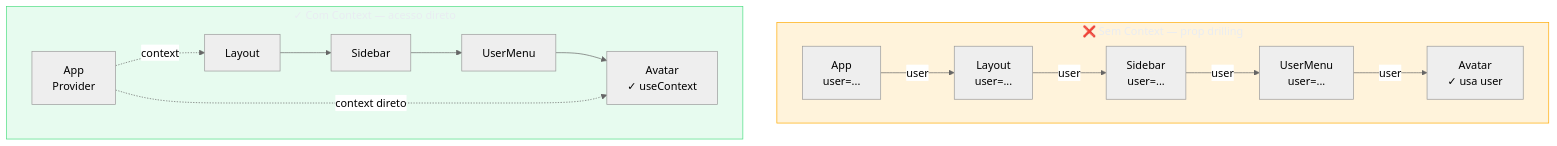
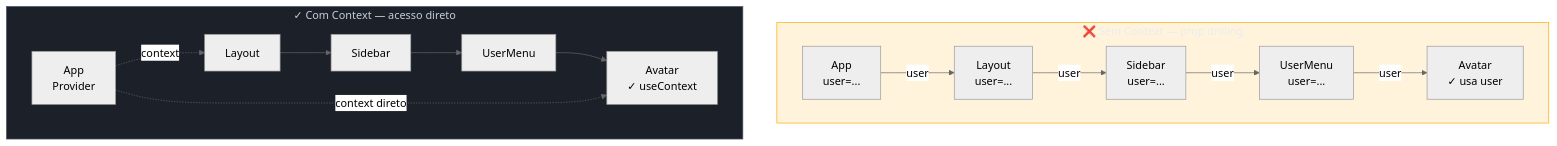
One commit to josenaldo/codex-technomanticus changed the diagram in 03-Dominios/Tecnologia/React/React core/11 - useContext e Context API.md. Above: the diagram before and after it, drawn with Mermaid (neutral theme). The commit also changed 601 other files, not shown here.

````diff
--- a/03-Dominios/Tecnologia/React/React core/11 - useContext e Context API.md
+++ b/03-Dominios/Tecnologia/React/React core/11 - useContext e Context API.md
@@ -156,22 +156,22 @@
 ```mermaid
 graph TB
+    classDef neutro fill:#1B2029,stroke:#4E5666,color:#C6CCD8
     classDef destaque fill:#FFAA0024,stroke:#FFAA00,color:#E9ECF2
-    classDef ok fill:#4ADE8021,stroke:#4ADE80,color:#E9ECF2
     subgraph SEM["❌ Sem Context — prop drilling"]
         A1[App\n user=...] -->|user| B1[Layout\n user=...]
         B1 -->|user| C1[Sidebar\n user=...]
         C1 -->|user| D1[UserMenu\n user=...]
         D1 -->|user| E1[Avatar\n✓ usa user]
     end
 
     subgraph COM["✓ Com Context — acesso direto"]
         A2[App\nProvider] -.->|context| B2[Layout]
         B2 --> C2[Sidebar]
         C2 --> D2[UserMenu]
         D2 --> E2[Avatar\n✓ useContext]
         A2 -.->|context direto| E2
     end
 
     class SEM destaque
-    class COM ok
+    class COM neutro
 ```
````
